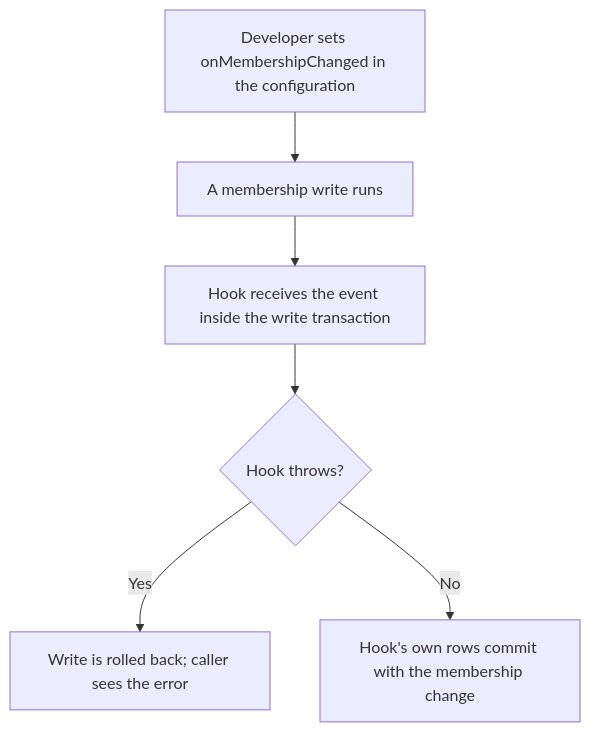
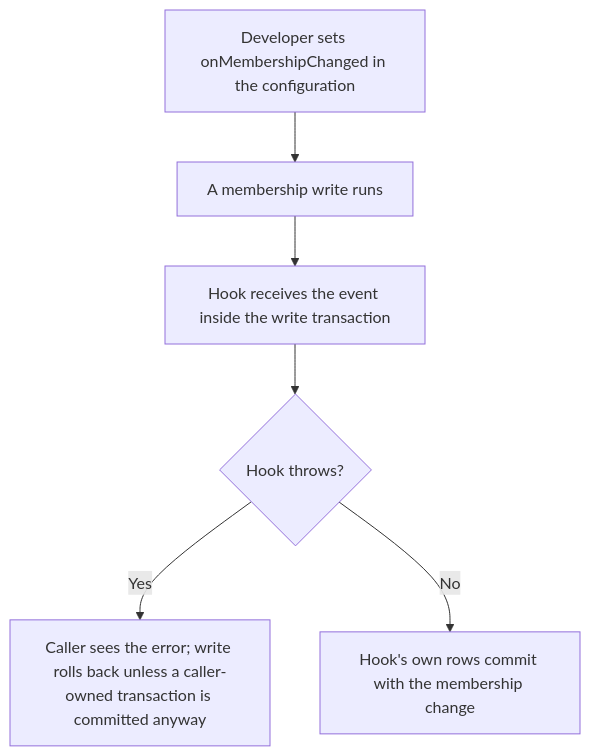
One commit to Kevinjohn/oss-adonisjs-access-control changed the first of 2 diagrams in user-stories/US-ACCESS-26-react-to-membership-changes.md. Above: the diagram before and after it, drawn with Mermaid. The commit also changed other lines of this file and 4 other files, not shown here.

````diff
--- a/user-stories/US-ACCESS-26-react-to-membership-changes.md
+++ b/user-stories/US-ACCESS-26-react-to-membership-changes.md
@@ -26,8 +26,8 @@
 ```mermaid
 flowchart TD
     A["Developer sets onMembershipChanged in the configuration"] --> B["A membership write runs"]
     B --> C["Hook receives the event inside the write transaction"]
     C --> D{"Hook throws?"}
-    D -->|Yes| E["Write is rolled back; caller sees the error"]
+    D -->|Yes| E["Caller sees the error; write rolls back unless a caller-owned transaction is committed anyway"]
     D -->|No| F["Hook's own rows commit with the membership change"]
 ```
````
